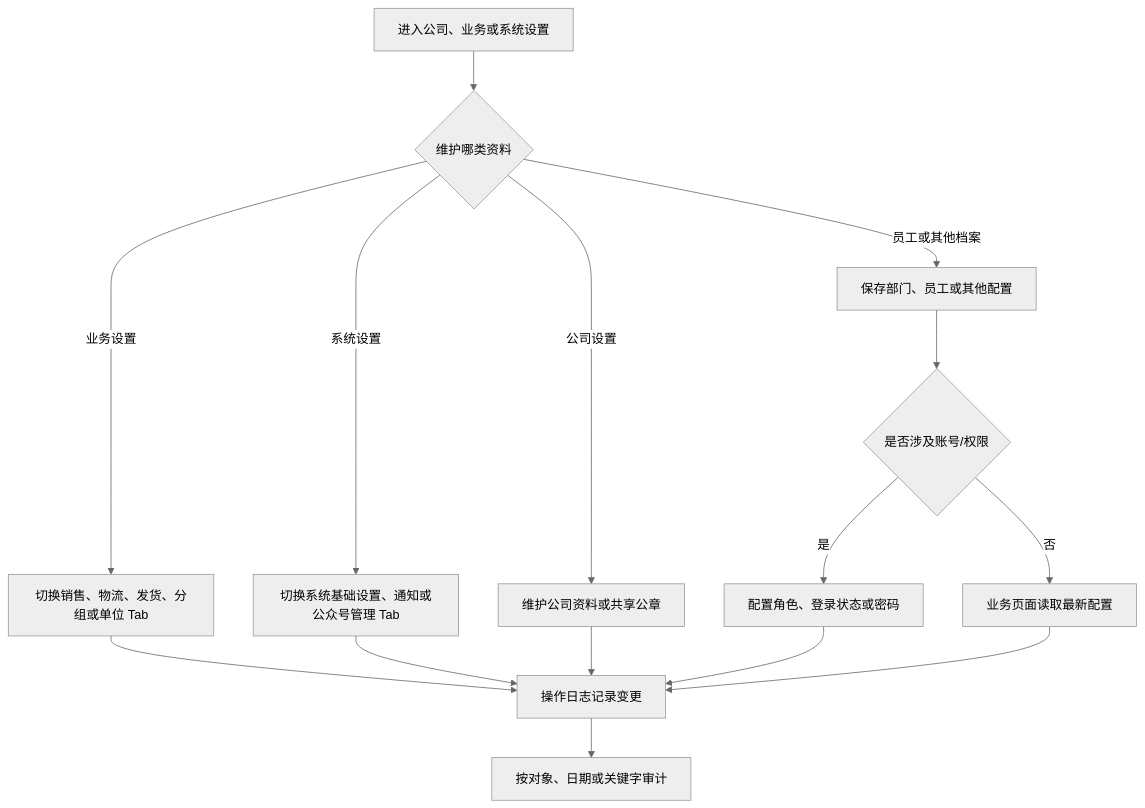
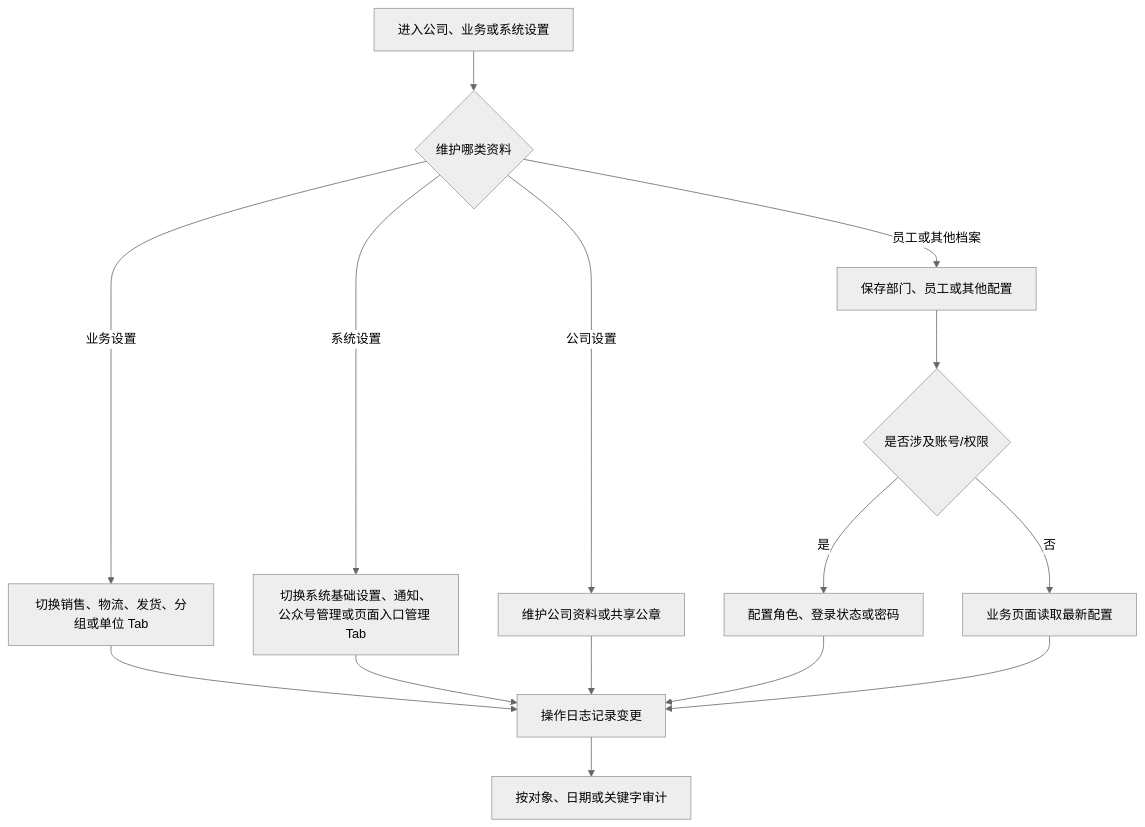
Before and after one commit to Backstage2539/KFerp: the diagram in orderapp-remote/docs/OP_MANUAL_SETTINGS_AUDIT.md, drawn with Mermaid (neutral theme). The commit also changed other lines of this file and 57 other files, not shown here.

````diff
--- a/orderapp-remote/docs/OP_MANUAL_SETTINGS_AUDIT.md
+++ b/orderapp-remote/docs/OP_MANUAL_SETTINGS_AUDIT.md
@@ -13,17 +13,17 @@
 ```mermaid
 flowchart TD
   A["进入公司、业务或系统设置"] --> B{"维护哪类资料"}
   B -->|公司设置| K["维护公司资料或共享公章"]
   B -->|业务设置| C["切换销售、物流、发货、分组或单位 Tab"]
-  B -->|系统设置| D["切换系统基础设置、通知或公众号管理 Tab"]
+  B -->|系统设置| D["切换系统基础设置、通知、公众号管理或页面入口管理 Tab"]
   B -->|员工或其他档案| E["保存部门、员工或其他配置"]
   E --> F{"是否涉及账号/权限"}
   F -->|是| G["配置角色、登录状态或密码"]
   F -->|否| H["业务页面读取最新配置"]
   C --> I["操作日志记录变更"]
   D --> I
   K --> I
   G --> I
   H --> I
   I --> J["按对象、日期或关键字审计"]
 ```
````
